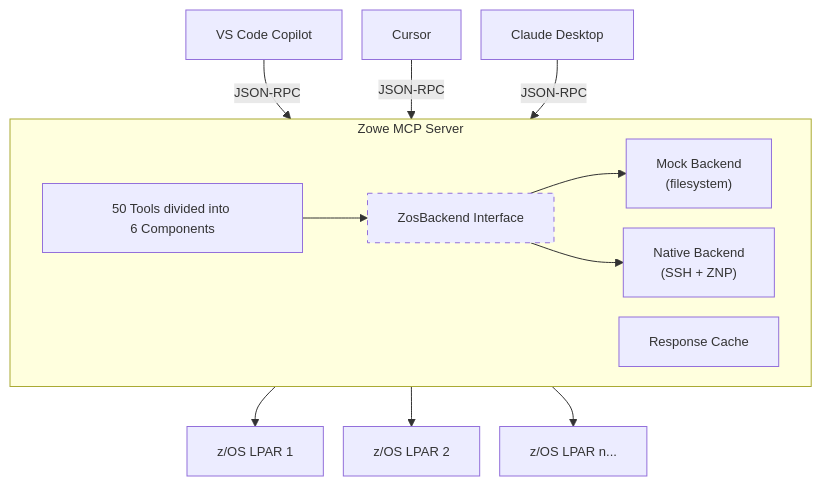
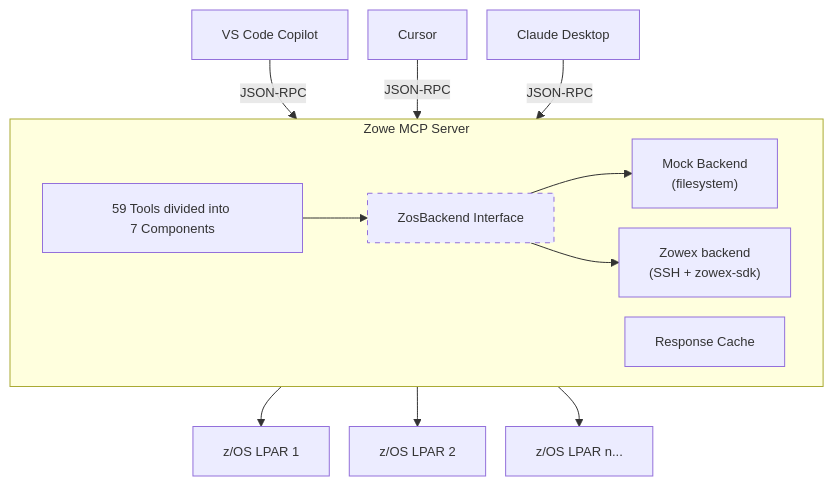
One commit to zowe/zowe-mcp changed the first of 3 diagrams in presentations/zowe-mcp/slides.md. Above: the diagram before and after it, drawn with Mermaid. The commit also changed other lines of this file and 227 other files, not shown here.

````diff
--- a/presentations/zowe-mcp/slides.md
+++ b/presentations/zowe-mcp/slides.md
@@ -196,30 +199,30 @@
 ```mermaid {scale: 0.8}
 ---
 config:
   flowchart:
     nodeSpacing: 20
     rankSpacing: 40
   themeVariables:
     fontSize: 13px
 ---
 flowchart TD
   Copilot["VS Code Copilot"] & CursorAI["Cursor"] & Claude["Claude Desktop"]
   Copilot & CursorAI & Claude -->|"JSON-RPC"| Server
 
   subgraph Server ["Zowe MCP Server"]
     direction LR
-    Tools["50 Tools divided into 6&nbsp;Components"]
+    Tools["59 Tools divided into 7&nbsp;Components"]
     Cache["Response Cache"]
     Tools --> ZosBackendInterface
     ZosBackendInterface["ZosBackend Interface"]
     ZosBackendInterface --> Mock["Mock Backend<br/>(filesystem)"]
-    ZosBackendInterface --> Native["Native Backend<br/>(SSH + ZNP)"]
+    ZosBackendInterface --> ZowexBackend["Zowex backend<br/>(SSH + zowex-sdk)"]
   end
 
   classDef dottedStyle stroke-dasharray: 5 5
   class ZosBackendInterface dottedStyle
 
-  Native --> zOS1["z/OS LPAR 1"]
-  Native --> zOS2["z/OS LPAR 2"]
-  Native --> zOS3["z/OS LPAR n..."]
+  ZowexBackend --> zOS1["z/OS LPAR 1"]
+  ZowexBackend --> zOS2["z/OS LPAR 2"]
+  ZowexBackend --> zOS3["z/OS LPAR n..."]
 ```
````
